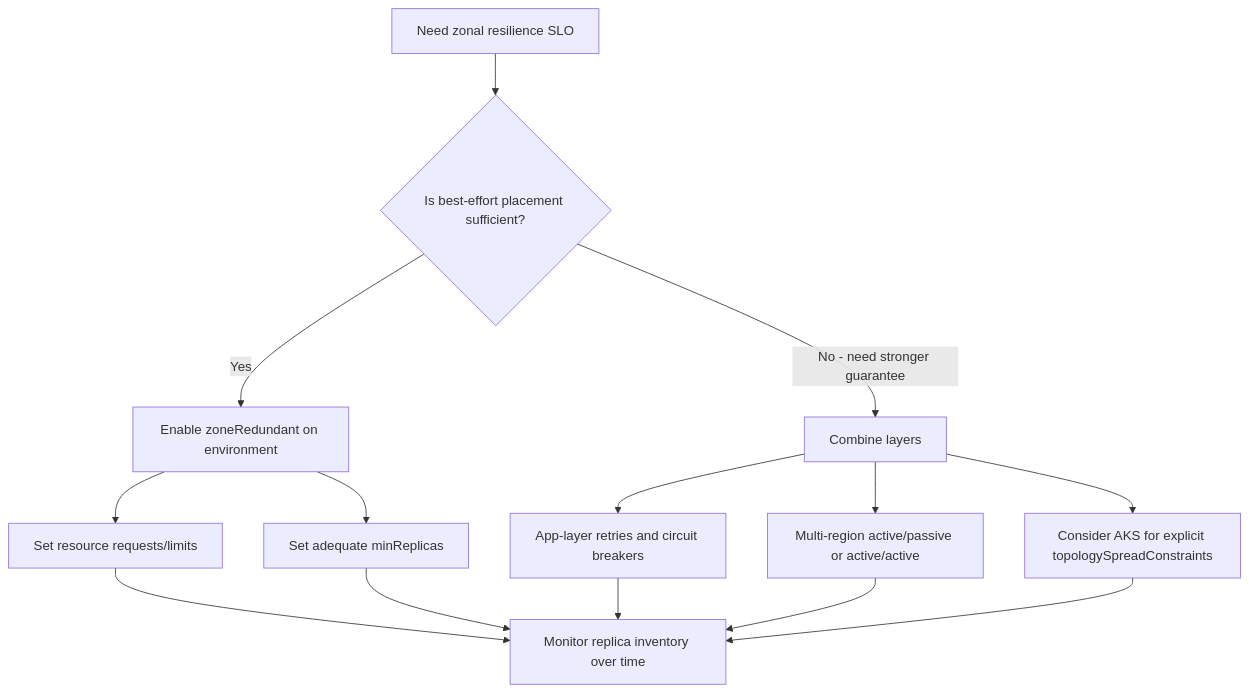
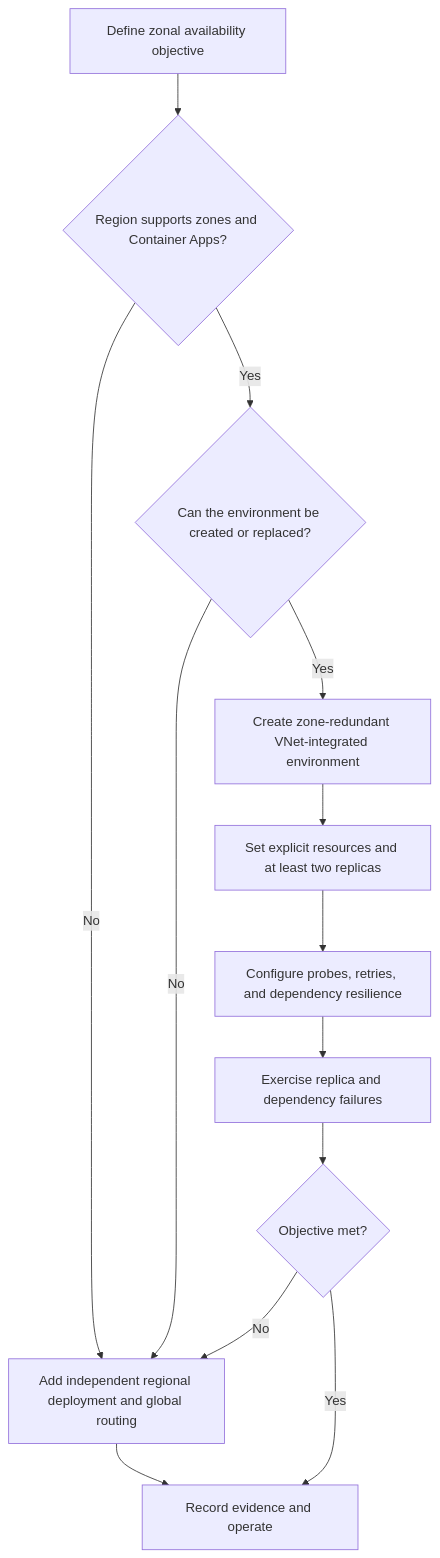
Before and after one commit to yeongseon/azure-container-apps-practical-guide: the second of 2 diagrams in docs/operations/disaster-recovery/zone-redundancy.md, drawn with Mermaid. The commit also changed other lines of this file and 13 other files, not shown here.

First line of the commit message:
docs(diagrams): migrate the Container Apps operations diagrams (#614)

````diff
--- a/docs/operations/disaster-recovery/zone-redundancy.md
+++ b/docs/operations/disaster-recovery/zone-redundancy.md
@@ -102,16 +114,26 @@
 ```mermaid
 flowchart TD
-    A[Need zonal resilience SLO] --> B{Is best-effort placement sufficient?}
-    B -->|Yes| C[Enable zoneRedundant on environment]
-    B -->|No - need stronger guarantee| D[Combine layers]
-    C --> E[Set resource requests/limits]
-    C --> F[Set adequate minReplicas]
-    D --> G[App-layer retries and circuit breakers]
-    D --> H[Multi-region active/passive or active/active]
-    D --> I[Consider AKS for explicit topologySpreadConstraints]
-    E --> J[Monitor replica inventory over time]
-    F --> J
-    G --> J
-    H --> J
-    I --> J
+    OBJECTIVE[Define zonal availability objective]
+    REGION{Region supports zones and Container Apps?}
+    RECREATE{Can the environment be created or replaced?}
+    CREATE[Create zone-redundant VNet-integrated environment]
+    CAPACITY[Set explicit resources and at least two replicas]
+    RESILIENCE[Configure probes, retries, and dependency resilience]
+    TEST[Exercise replica and dependency failures]
+    MEETS{Objective met?}
+    MULTI_REGION[Add independent regional deployment and global routing]
+    READY[Record evidence and operate]
+
+    OBJECTIVE --> REGION
+    REGION -->|No| MULTI_REGION
+    REGION -->|Yes| RECREATE
+    RECREATE -->|No| MULTI_REGION
+    RECREATE -->|Yes| CREATE
+    CREATE --> CAPACITY
+    CAPACITY --> RESILIENCE
+    RESILIENCE --> TEST
+    TEST --> MEETS
+    MEETS -->|No| MULTI_REGION
+    MEETS -->|Yes| READY
+    MULTI_REGION --> READY
 ```
````
